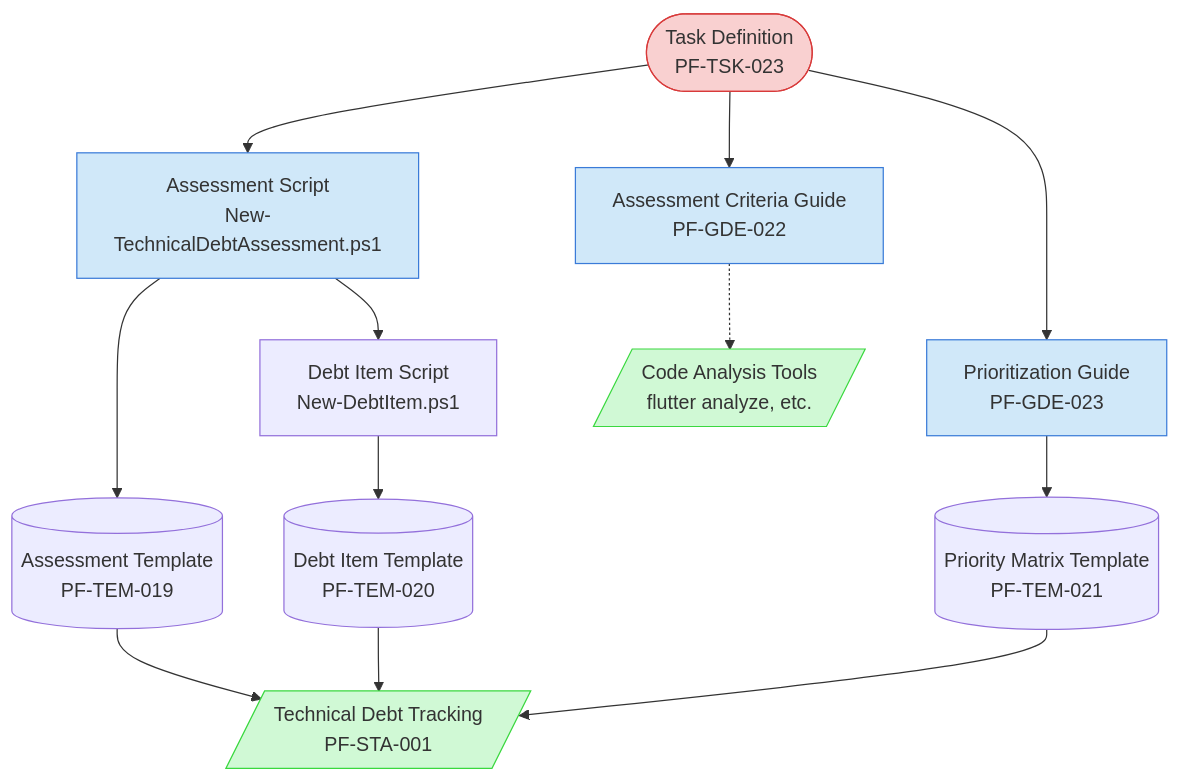
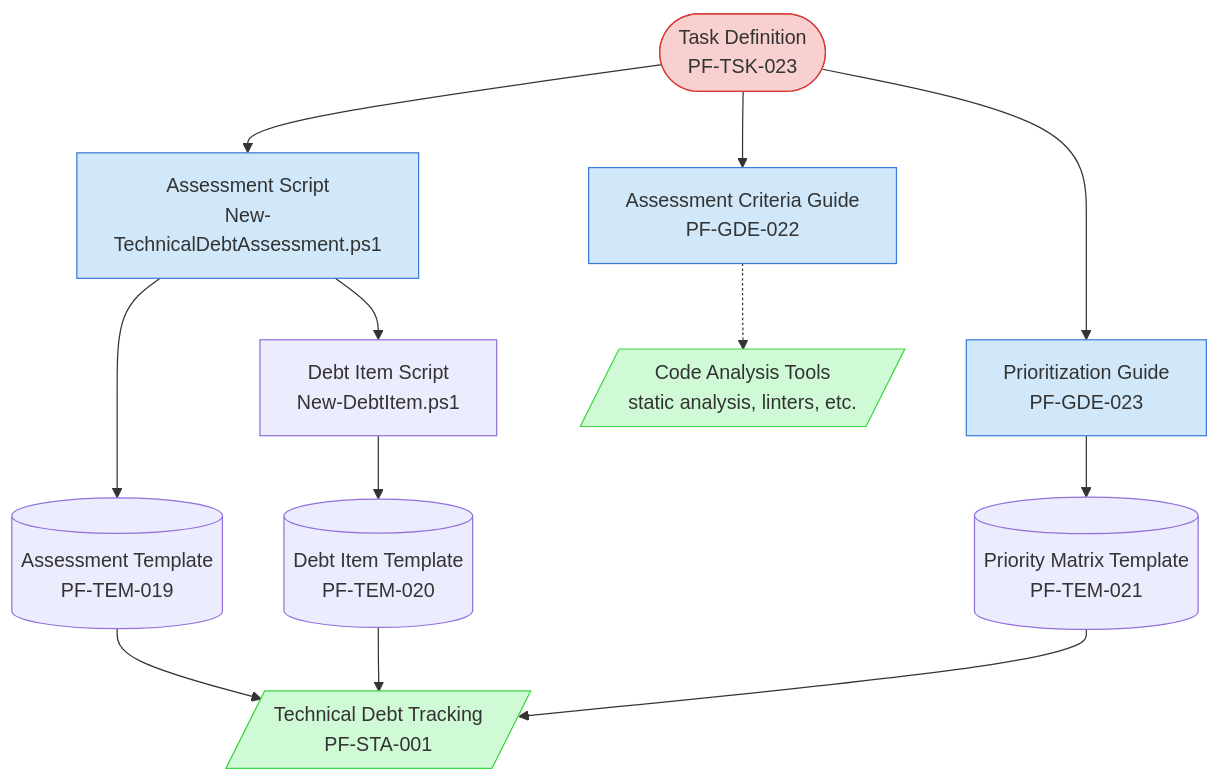
The diagram in doc/process-framework/visualization/context-maps/cyclical/technical-debt-assessment-task-map.md (Abtomation/LinkWatcher), drawn with Mermaid before and after one commit. The commit also changed other lines of this file and 332 other files, not shown here.

````diff
--- a/doc/process-framework/visualization/context-maps/cyclical/technical-debt-assessment-task-map.md
+++ b/doc/process-framework/visualization/context-maps/cyclical/technical-debt-assessment-task-map.md
@@ -20,26 +20,26 @@
 ```mermaid
 graph TD
     classDef critical fill:#f9d0d0,stroke:#d83a3a
     classDef important fill:#d0e8f9,stroke:#3a7bd8
     classDef reference fill:#d0f9d5,stroke:#3ad83f
 
     TaskDef([Task Definition<br/>PF-TSK-023]) --> AssessmentScript[Assessment Script<br/>New-TechnicalDebtAssessment.ps1]
     TaskDef --> CriteriaGuide[Assessment Criteria Guide<br/>PF-GDE-022]
     TaskDef --> PriorityGuide[Prioritization Guide<br/>PF-GDE-023]
 
     AssessmentScript --> AssessmentTemplate[(Assessment Template<br/>PF-TEM-019)]
     AssessmentScript --> DebtItemScript[Debt Item Script<br/>New-DebtItem.ps1]
 
     DebtItemScript --> DebtItemTemplate[(Debt Item Template<br/>PF-TEM-020)]
 
-    CriteriaGuide -.-> CodeAnalysis[/Code Analysis Tools<br/>flutter analyze, etc./]
+    CriteriaGuide -.-> CodeAnalysis[/Code Analysis Tools<br/>static analysis, linters, etc./]
     PriorityGuide --> MatrixTemplate[(Priority Matrix Template<br/>PF-TEM-021)]
 
     AssessmentTemplate --> DebtTracking[/Technical Debt Tracking<br/>PF-STA-001/]
     DebtItemTemplate --> DebtTracking
     MatrixTemplate --> DebtTracking
 
     class TaskDef critical
     class AssessmentScript,CriteriaGuide,PriorityGuide important
     class CodeAnalysis,DebtTracking reference
 ```
````
